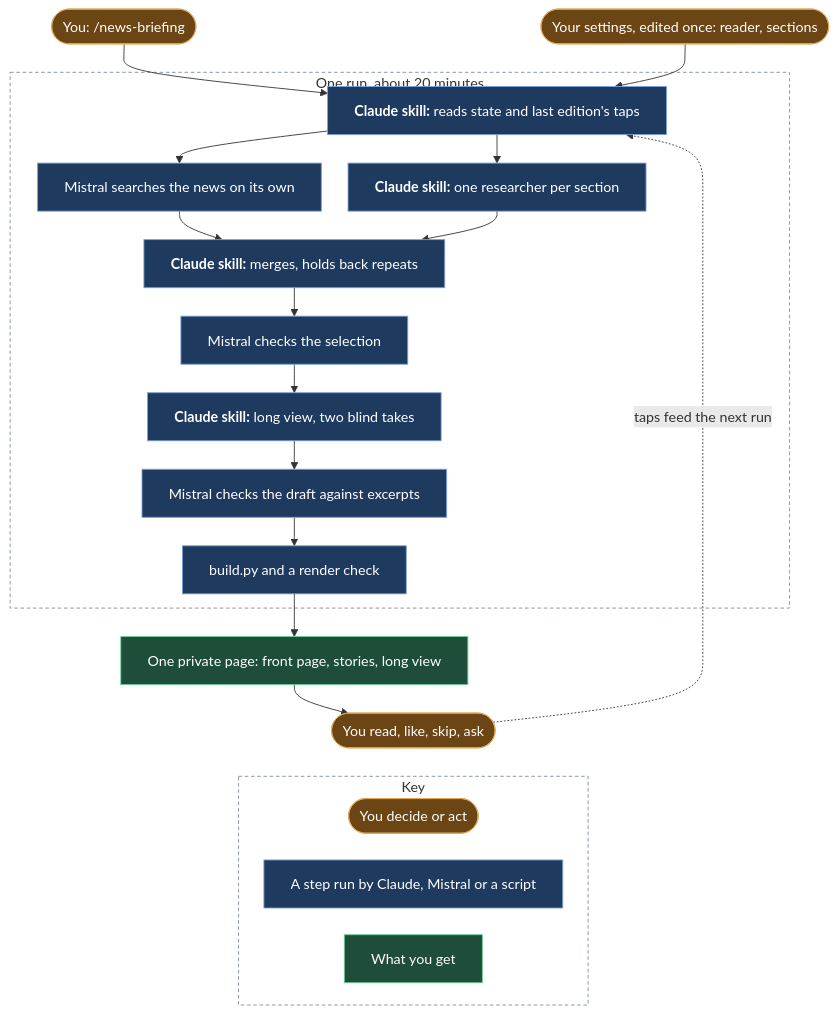
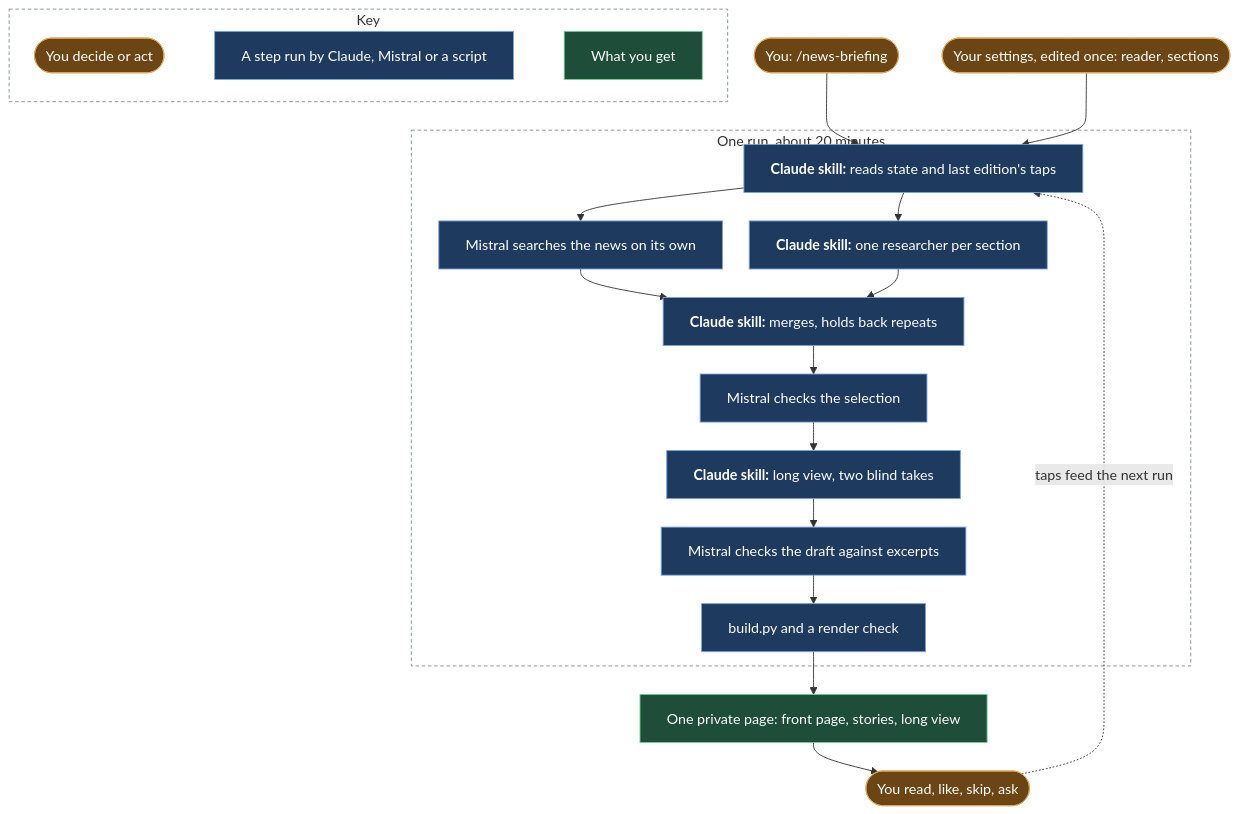
One commit to nunomnferreirapt/news-briefing-skill changed the diagram in README.md. Above: the diagram before and after it, drawn with Mermaid.

Commit message:
README: keep the diagram key on one row

````diff
--- a/README.md
+++ b/README.md
@@ -17,36 +17,36 @@
 ```mermaid
 %%{init: {"flowchart": {"wrappingWidth": 600, "nodeSpacing": 30, "rankSpacing": 32}}}%%
 flowchart TB
     Q(["You: /news-briefing"]):::human
     S(["Your settings, edited once: reader, sections"]):::human
     subgraph RUN["One run, about 20 minutes"]
         R0["`**Claude skill:** reads state and last edition's taps`"]:::sys
         SC["Mistral searches the news on its own"]:::sys
         RS["`**Claude skill:** one researcher per section`"]:::sys
         MG["`**Claude skill:** merges, holds back repeats`"]:::sys
         SEL["Mistral checks the selection"]:::sys
         LV["`**Claude skill:** long view, two blind takes`"]:::sys
         DC["Mistral checks the draft against excerpts"]:::sys
         B["build.py and a render check"]:::sys
         R0 --> SC & RS
         SC & RS --> MG --> SEL --> LV --> DC --> B
     end
     Q --> R0
     S --> R0
     B --> P["One private page: front page, stories, long view"]:::out
     P --> T(["You read, like, skip, ask"]):::human
     T -. "taps feed the next run" .-> R0
     subgraph KEY["Key"]
         direction LR
         K1(["You decide or act"]):::human
         K2["A step run by Claude, Mistral or a script"]:::sys
         K3["What you get"]:::out
+        K1 ~~~ K2 ~~~ K3
     end
-    T ~~~ KEY
 
     classDef sys fill:#1f3a5f,stroke:#7aa2d8,color:#ffffff
     classDef human fill:#6b4514,stroke:#e0a95a,color:#ffffff
     classDef out fill:#1e4d3a,stroke:#6fcf97,color:#ffffff
     style RUN fill:transparent,stroke:#7f8c9a,stroke-dasharray:4 3
     style KEY fill:transparent,stroke:#7f8c9a,stroke-dasharray:4 3
 ```
````
